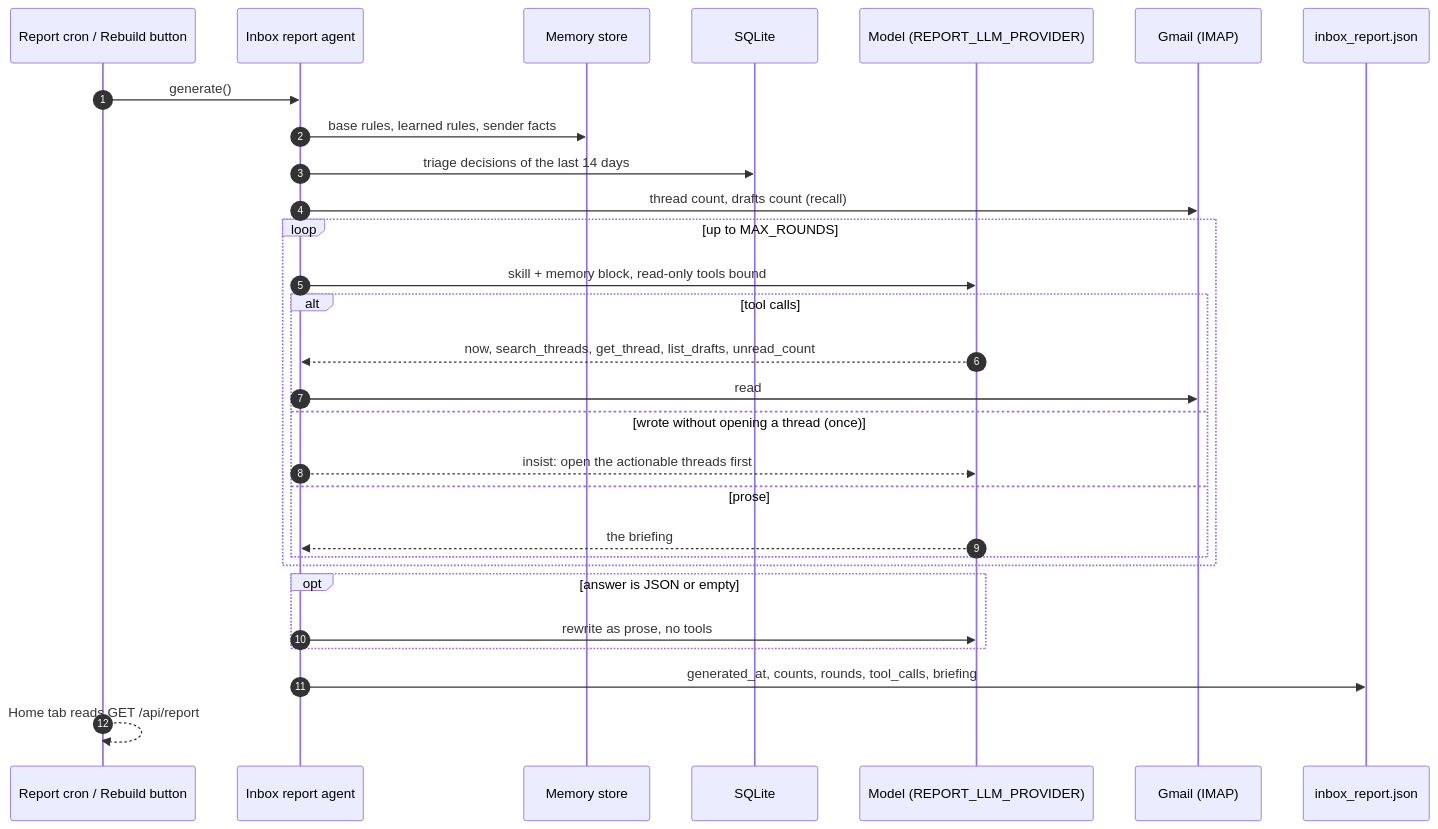
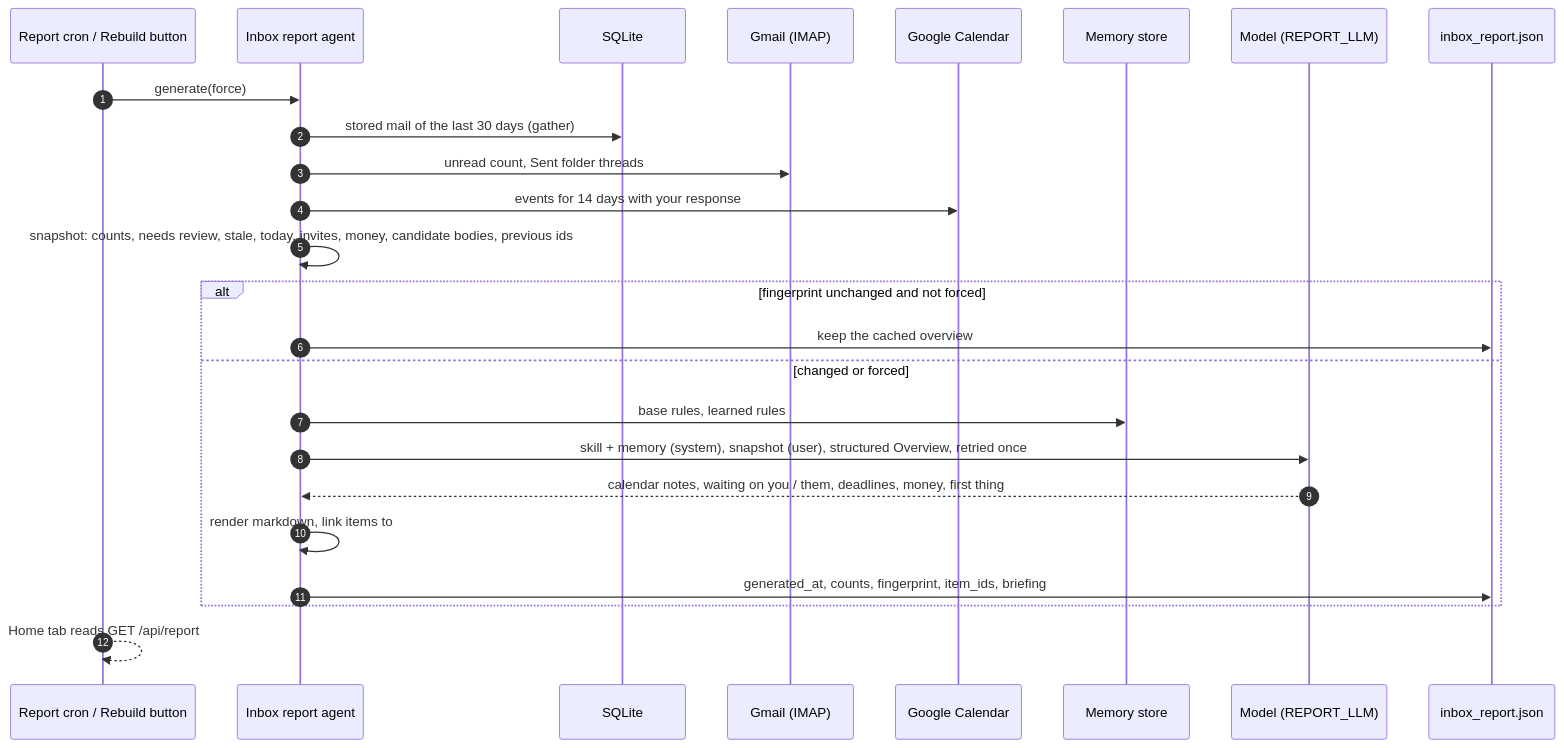
Before and after one commit to divakarmudunuri/MailboxPersonalAssistant: the diagram in docs/diagrams/seq-briefing.mmd, drawn with Mermaid. The commit also changed 59 other files, not shown here.

```diff
--- a/docs/diagrams/seq-briefing.mmd
+++ b/docs/diagrams/seq-briefing.mmd
@@ -1,30 +1,26 @@
 sequenceDiagram
     autonumber
     participant Trig as Report cron / Rebuild button
     participant Rep as Inbox report agent
+    participant DB as SQLite
+    participant Gmail as Gmail (IMAP)
+    participant Cal as Google Calendar
     participant Mem as Memory store
-    participant DB as SQLite
-    participant LLM as Model (REPORT_LLM_PROVIDER)
-    participant Gmail as Gmail (IMAP)
+    participant LLM as Model (REPORT_LLM)
     participant F as inbox_report.json
 
-    Trig->>Rep: generate()
-    Rep->>Mem: base rules, learned rules, sender facts
-    Rep->>DB: triage decisions of the last 14 days
-    Rep->>Gmail: thread count, drafts count (recall)
-    loop up to MAX_ROUNDS
-        Rep->>LLM: skill + memory block, read-only tools bound
-        alt tool calls
-            LLM-->>Rep: now, search_threads, get_thread, list_drafts, unread_count
-            Rep->>Gmail: read
-        else wrote without opening a thread (once)
-            Rep-->>LLM: insist: open the actionable threads first
-        else prose
-            LLM-->>Rep: the briefing
-        end
+    Trig->>Rep: generate(force)
+    Rep->>DB: stored mail of the last 30 days (gather)
+    Rep->>Gmail: unread count, Sent folder threads
+    Rep->>Cal: events for 14 days with your response
+    Rep->>Rep: snapshot: counts, needs review, stale, today, invites, money, candidate bodies, previous ids
+    alt fingerprint unchanged and not forced
+        Rep->>F: keep the cached overview
+    else changed or forced
+        Rep->>Mem: base rules, learned rules
+        Rep->>LLM: skill + memory (system), snapshot (user), structured Overview, retried once
+        LLM-->>Rep: calendar notes, waiting on you / them, deadlines, money, first thing
+        Rep->>Rep: render markdown, link items to #inbox/id, mark new ones
+        Rep->>F: generated_at, counts, fingerprint, item_ids, briefing
     end
-    opt answer is JSON or empty
-        Rep->>LLM: rewrite as prose, no tools
-    end
-    Rep->>F: generated_at, counts, rounds, tool_calls, briefing
     Trig-->>Trig: Home tab reads GET /api/report
```
